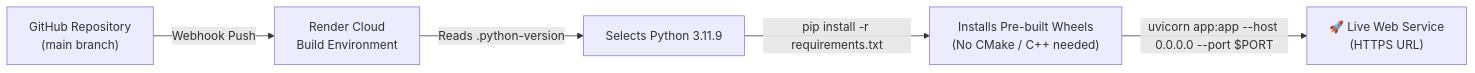
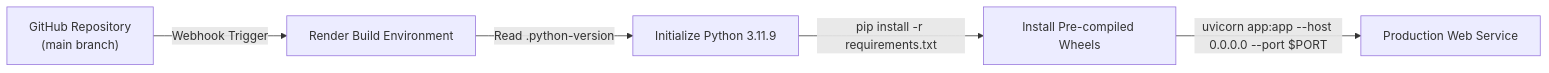
One commit to kumarsahup07/AuraHealth---Insurance-Premium-Category-Predictor changed the second of 2 diagrams in README.md. Above: the diagram before and after it, drawn with Mermaid. The commit also changed other lines of this file, not shown here.

````diff
--- a/README.md
+++ b/README.md
@@ -175,7 +175,7 @@
 ```mermaid
 flowchart LR
-    A["GitHub Repository\n(main branch)"] -->|"Webhook Push"| B["Render Cloud\nBuild Environment"]
-    B -->|"Reads .python-version"| C["Selects Python 3.11.9"]
-    C -->|"pip install -r requirements.txt"| D["Installs Pre-built Wheels\n(No CMake / C++ needed)"]
-    D -->|"uvicorn app:app --host 0.0.0.0 --port $PORT"| E["🚀 Live Web Service\n(HTTPS URL)"]
+    A["GitHub Repository\n(main branch)"] -->|"Webhook Trigger"| B["Render Build Environment"]
+    B -->|"Read .python-version"| C["Initialize Python 3.11.9"]
+    C -->|"pip install -r requirements.txt"| D["Install Pre-compiled Wheels"]
+    D -->|"uvicorn app:app --host 0.0.0.0 --port $PORT"| E["Production Web Service"]
 ```
````
